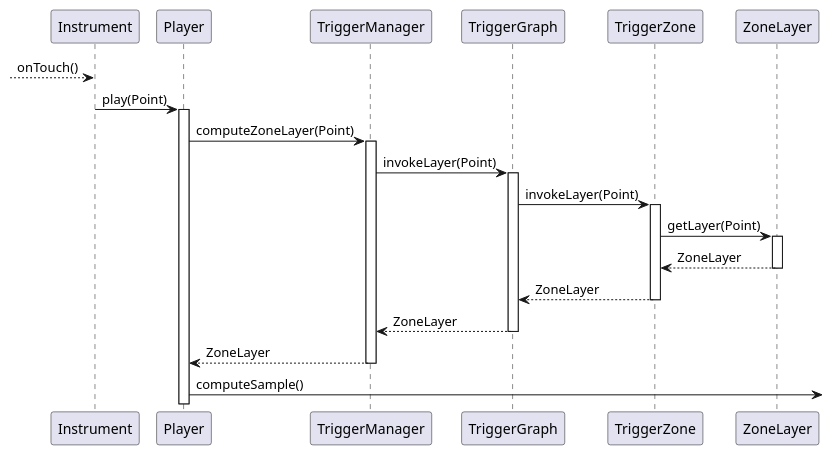
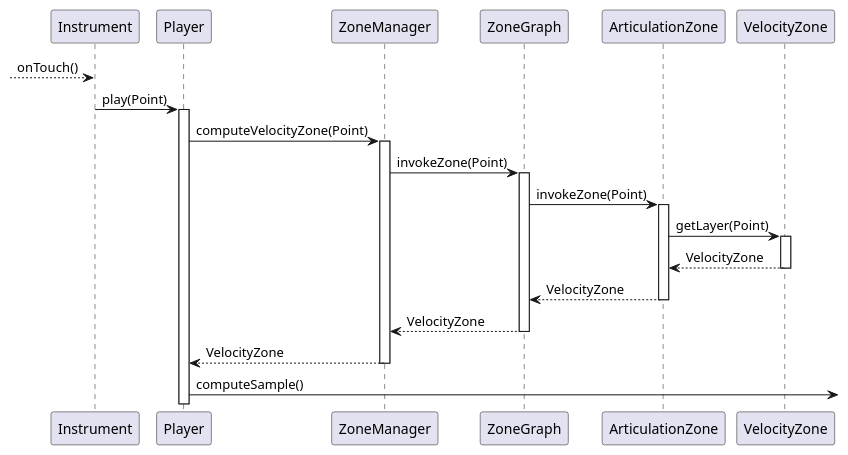
One commit to tunepruner/FingerPerc changed the diagram in app/Documentation/playZoneSequence.puml. Above: the diagram before and after it, drawn with PlantUML. The commit also changed 88 other files, not shown here.

```diff
--- a/app/Documentation/playZoneSequence.puml
+++ b/app/Documentation/playZoneSequence.puml
@@ -1,14 +1,14 @@
 @startuml
 -->Instrument: onTouch()
 
 Instrument->Player++: play(Point)
-Player->TriggerManager++: computeZoneLayer(Point)
-TriggerManager->TriggerGraph++: invokeLayer(Point)
-TriggerGraph->TriggerZone++: invokeLayer(Point)
-TriggerZone->ZoneLayer++: getLayer(Point)
-return ZoneLayer
-return ZoneLayer
-return ZoneLayer
-return ZoneLayer
+Player->ZoneManager++: computeVelocityZone(Point)
+ZoneManager->ZoneGraph++: invokeZone(Point)
+ZoneGraph->ArticulationZone++: invokeZone(Point)
+ArticulationZone->VelocityZone++: getLayer(Point)
+return VelocityZone
+return VelocityZone
+return VelocityZone
+return VelocityZone
 Player->: computeSample()
 @enduml
```
